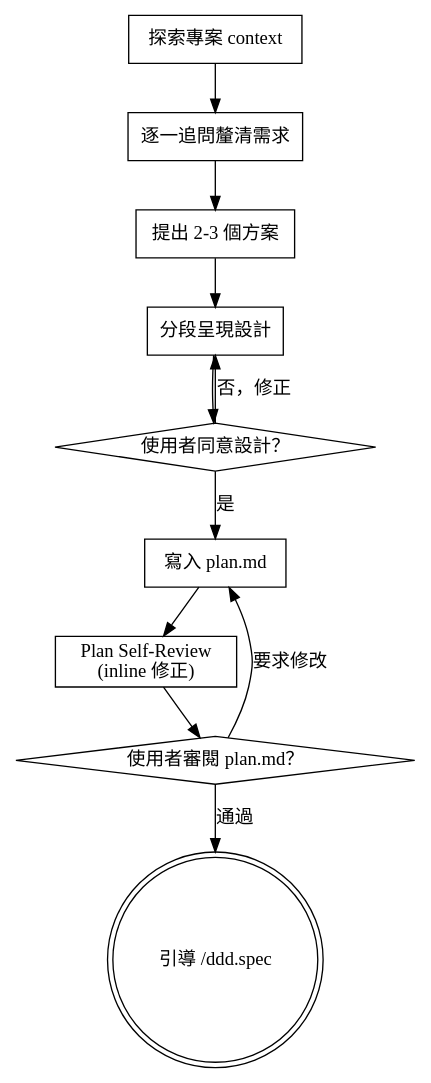
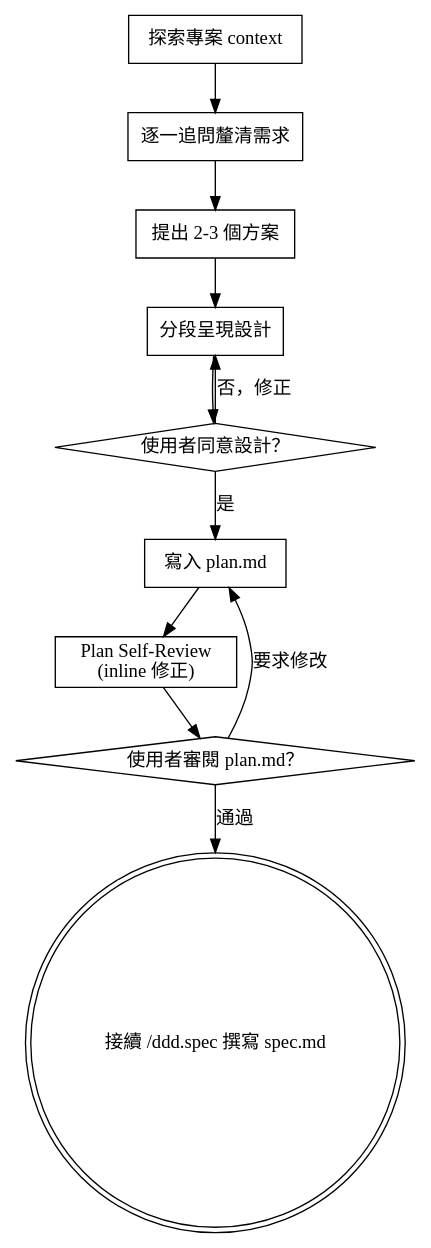
The diagram in skills/ddd.brainstorming/SKILL.md (applepig/ddd-workflow), drawn with Graphviz before and after one commit. The commit also changed other lines of this file and 6 other files, not shown here.

First line of the commit message:
refactor(ddd-workflow): skills 精簡 + brainstorming 自動接續 spec + sprint 11 plan

````diff
--- a/skills/ddd.brainstorming/SKILL.md
+++ b/skills/ddd.brainstorming/SKILL.md
@@ -47,24 +47,24 @@
 ```dot
 digraph ddd_brainstorming {
     "探索專案 context" [shape=box];
     "逐一追問釐清需求" [shape=box];
     "提出 2-3 個方案" [shape=box];
     "分段呈現設計" [shape=box];
     "使用者同意設計？" [shape=diamond];
     "寫入 plan.md" [shape=box];
     "Plan Self-Review\n(inline 修正)" [shape=box];
     "使用者審閱 plan.md？" [shape=diamond];
-    "引導 /ddd.spec" [shape=doublecircle];
+    "接續 /ddd.spec 撰寫 spec.md" [shape=doublecircle];
 
     "探索專案 context" -> "逐一追問釐清需求";
     "逐一追問釐清需求" -> "提出 2-3 個方案";
     "提出 2-3 個方案" -> "分段呈現設計";
     "分段呈現設計" -> "使用者同意設計？";
     "使用者同意設計？" -> "分段呈現設計" [label="否，修正"];
     "使用者同意設計？" -> "寫入 plan.md" [label="是"];
     "寫入 plan.md" -> "Plan Self-Review\n(inline 修正)";
     "Plan Self-Review\n(inline 修正)" -> "使用者審閱 plan.md？";
     "使用者審閱 plan.md？" -> "寫入 plan.md" [label="要求修改"];
-    "使用者審閱 plan.md？" -> "引導 /ddd.spec" [label="通過"];
+    "使用者審閱 plan.md？" -> "接續 /ddd.spec 撰寫 spec.md" [label="通過"];
 }
 ```
````
